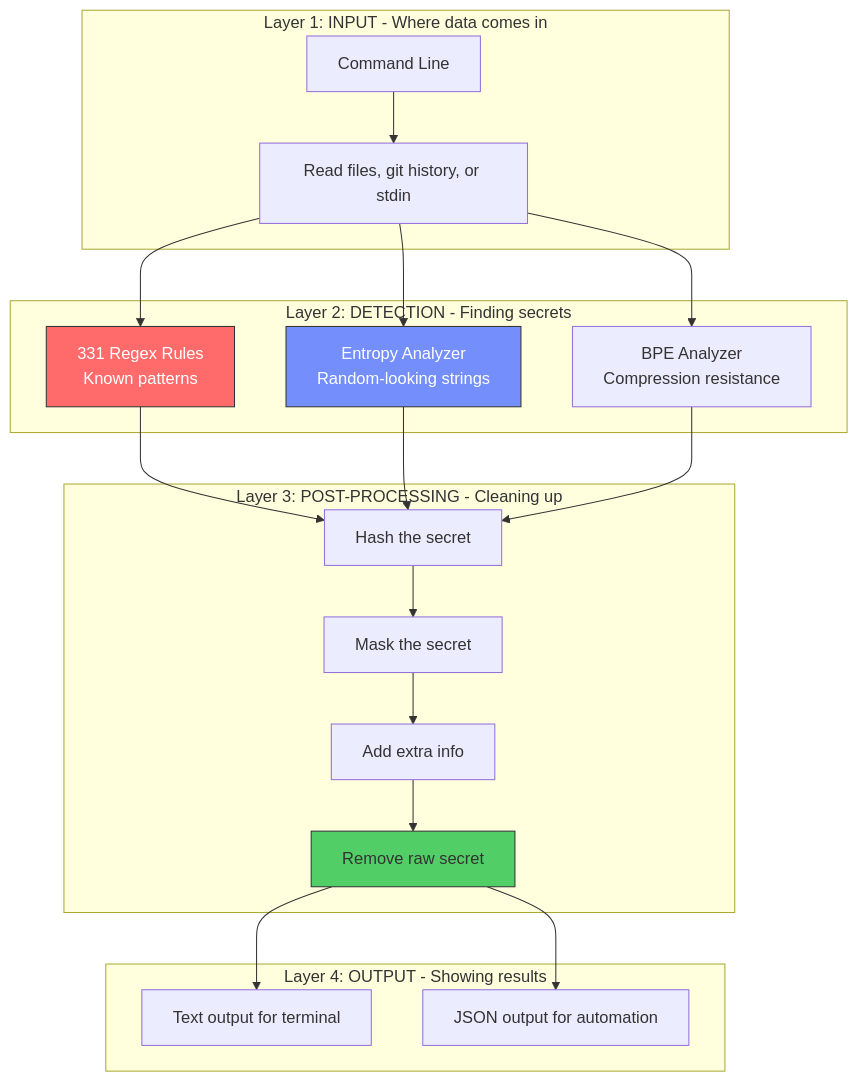
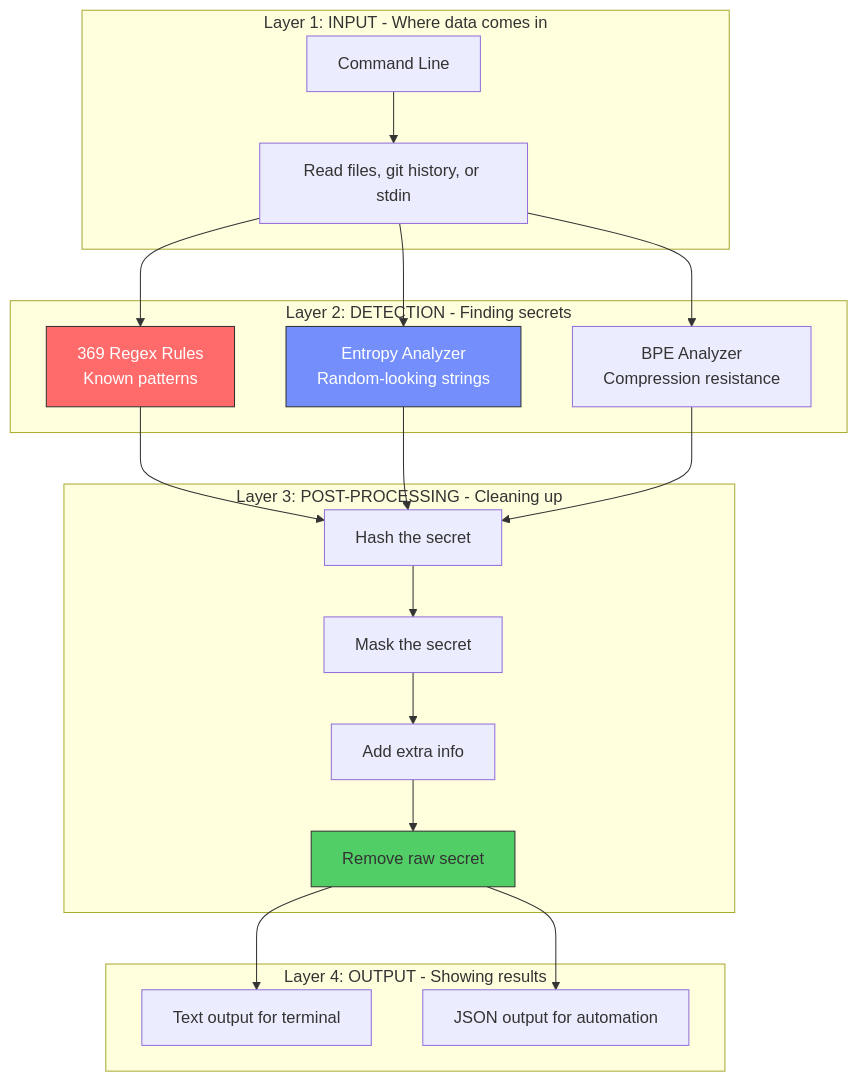
One commit to svemulapati/CredVigil changed the first of 30 diagrams in docs/training/00-System-Design-Simplified.md. Above: the diagram before and after it, drawn with Mermaid. The commit also changed other lines of this file and 20 other files, not shown here.

````diff
--- a/docs/training/00-System-Design-Simplified.md
+++ b/docs/training/00-System-Design-Simplified.md
@@ -65,32 +65,32 @@
 ```mermaid
 graph TD
     subgraph "Layer 1: INPUT - Where data comes in"
         A["Command Line"] --> B["Read files, git history, or stdin"]
     end
 
     subgraph "Layer 2: DETECTION - Finding secrets"
-        C["331 Regex Rules<br/>Known patterns"]
+        C["369 Regex Rules<br/>Known patterns"]
         D["Entropy Analyzer<br/>Random-looking strings"]
         D2["BPE Analyzer<br/>Compression resistance"]
     end
 
     subgraph "Layer 3: POST-PROCESSING - Cleaning up"
         E["Hash the secret"]
         F["Mask the secret"]
         G["Add extra info"]
         H["Remove raw secret"]
     end
 
     subgraph "Layer 4: OUTPUT - Showing results"
         I["Text output for terminal"]
         J["JSON output for automation"]
     end
 
     B --> C & D & D2
     C & D & D2 --> E --> F --> G --> H
     H --> I & J
 
     style C fill:#ff6b6b,stroke:#333,color:#fff
     style D fill:#748ffc,stroke:#333,color:#fff
     style H fill:#51cf66,stroke:#333
 ```
````
